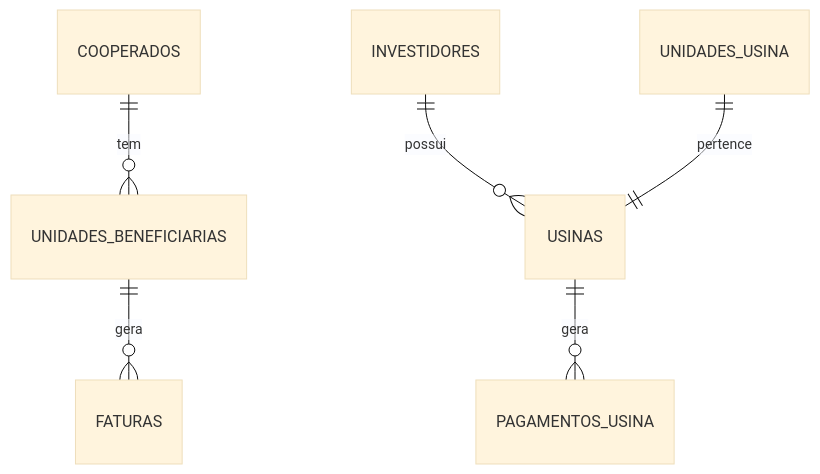
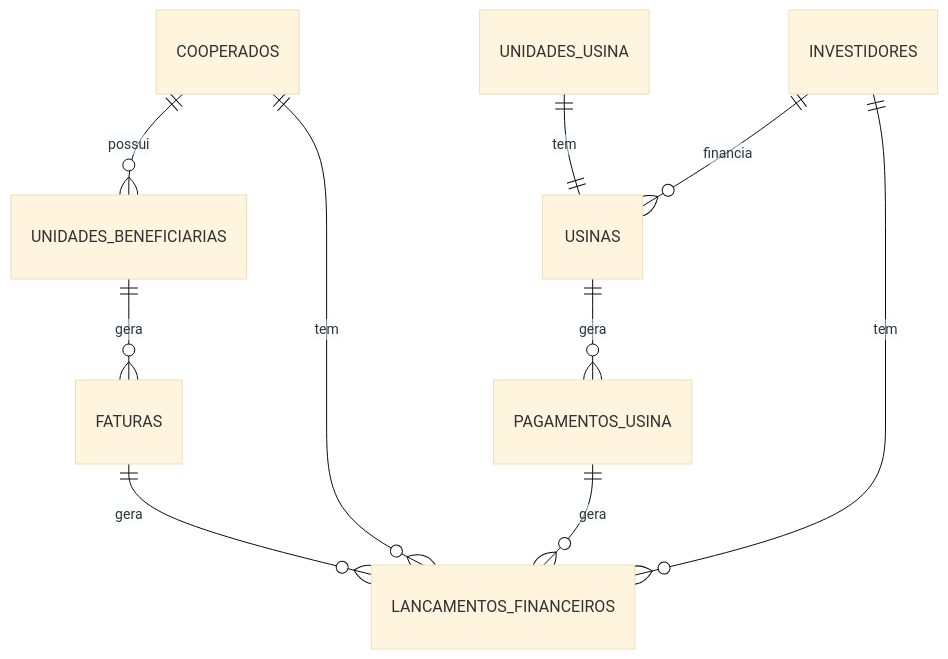
Before and after one commit to agnoatto/cooperativa-energetica-amiga: the diagram in docs/technical/database.md, drawn with Mermaid (base theme). The commit also changed other lines of this file and 5 other files, not shown here.

````diff
--- a/docs/technical/database.md
+++ b/docs/technical/database.md
@@ -135,8 +327,12 @@
 ```mermaid
 erDiagram
-    COOPERADOS ||--o{ UNIDADES_BENEFICIARIAS : tem
+    COOPERADOS ||--o{ UNIDADES_BENEFICIARIAS : possui
     UNIDADES_BENEFICIARIAS ||--o{ FATURAS : gera
+    INVESTIDORES ||--o{ USINAS : financia
+    UNIDADES_USINA ||--|| USINAS : tem
     USINAS ||--o{ PAGAMENTOS_USINA : gera
-    INVESTIDORES ||--o{ USINAS : possui
-    UNIDADES_USINA ||--|| USINAS : pertence
+    FATURAS ||--o{ LANCAMENTOS_FINANCEIROS : gera
+    PAGAMENTOS_USINA ||--o{ LANCAMENTOS_FINANCEIROS : gera
+    COOPERADOS ||--o{ LANCAMENTOS_FINANCEIROS : tem
+    INVESTIDORES ||--o{ LANCAMENTOS_FINANCEIROS : tem
 ```
````
